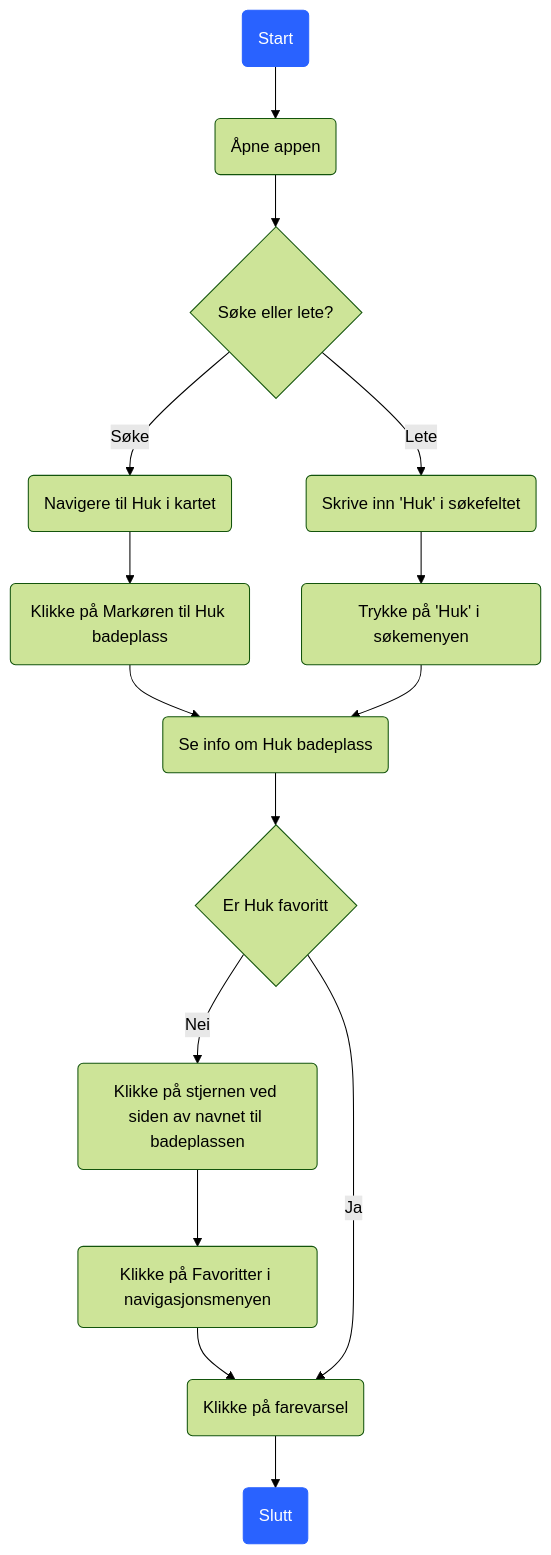
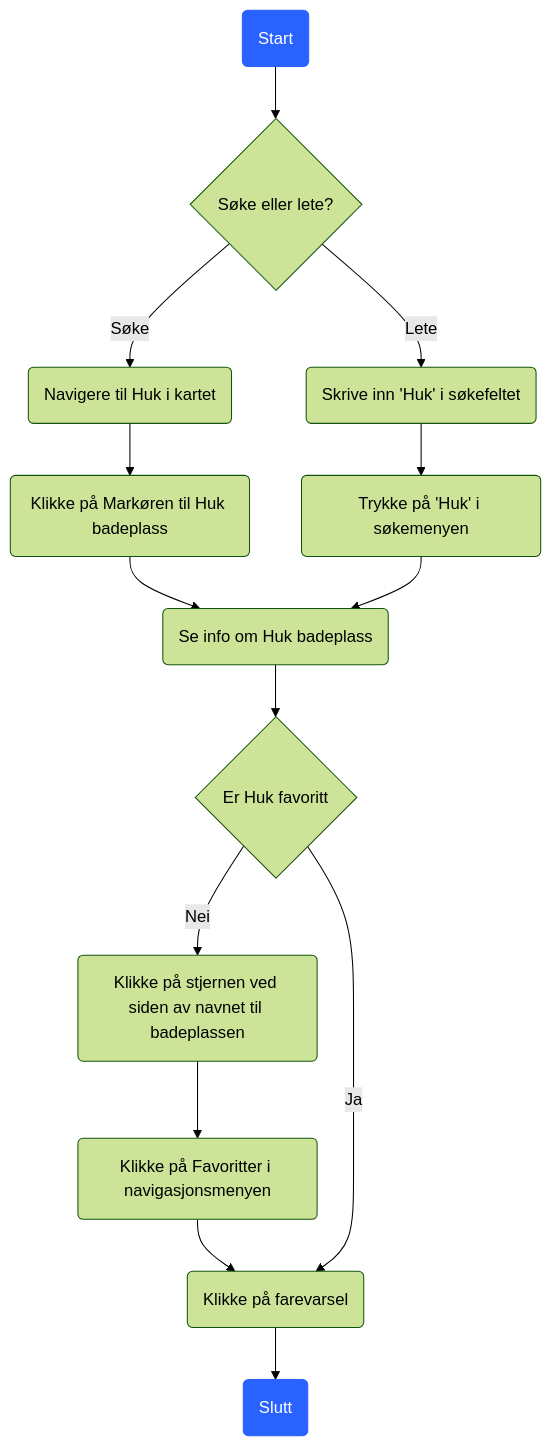
The sixth of 7 diagrams in MODELING.md (priyanshuaroraa1/Android-studio-sysdev), drawn with Mermaid (forest theme) before and after one commit. The commit also changed other lines of this file, not shown here.

````diff
--- a/MODELING.md
+++ b/MODELING.md
@@ -268,28 +268,27 @@
 ```mermaid
 flowchart  TD
 
 %% Nodes
 A(Start)
-B(Åpne appen)
 C(Navigere til Huk i kartet)
 I(Skrive inn 'Huk' i søkefeltet)
 J(Trykke på 'Huk' i søkemenyen)
 D(Klikke på Markøren til Huk badeplass)
 K(Se info om Huk badeplass)
 E(Klikke på stjernen ved siden av navnet til badeplassen)
 F(Klikke på Favoritter i navigasjonsmenyen)
 G(Klikke på farevarsel)
 H(Slutt)
 L{Søke eller lete?}
 M{Er Huk favoritt}
 
 %% Edge connections between nodes
-A -->  B --> L -- Søke--> C  -->  D  -->  K  
+A --> L -- Søke--> C  -->  D  -->  K  
 L -- Lete -->  I  -->  J  -->  K --> M
 M --Nei-->  E  -->  F  -->  G
 M -- Ja -->
 G -->  H
 
 style A color:#FFFFFF, stroke:#2962FF, fill:#2962FF
 style H color:#FFFFFF, stroke:#2962FF, fill:#2962FF
 ```
````
